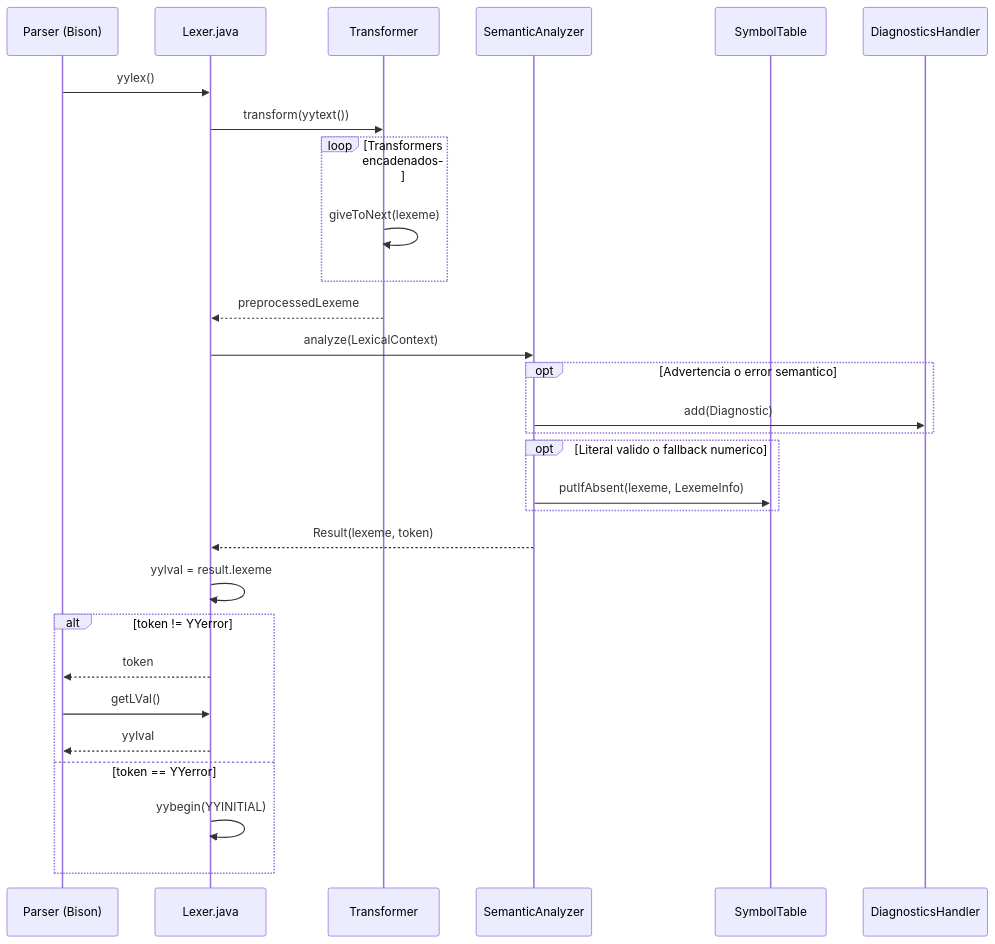
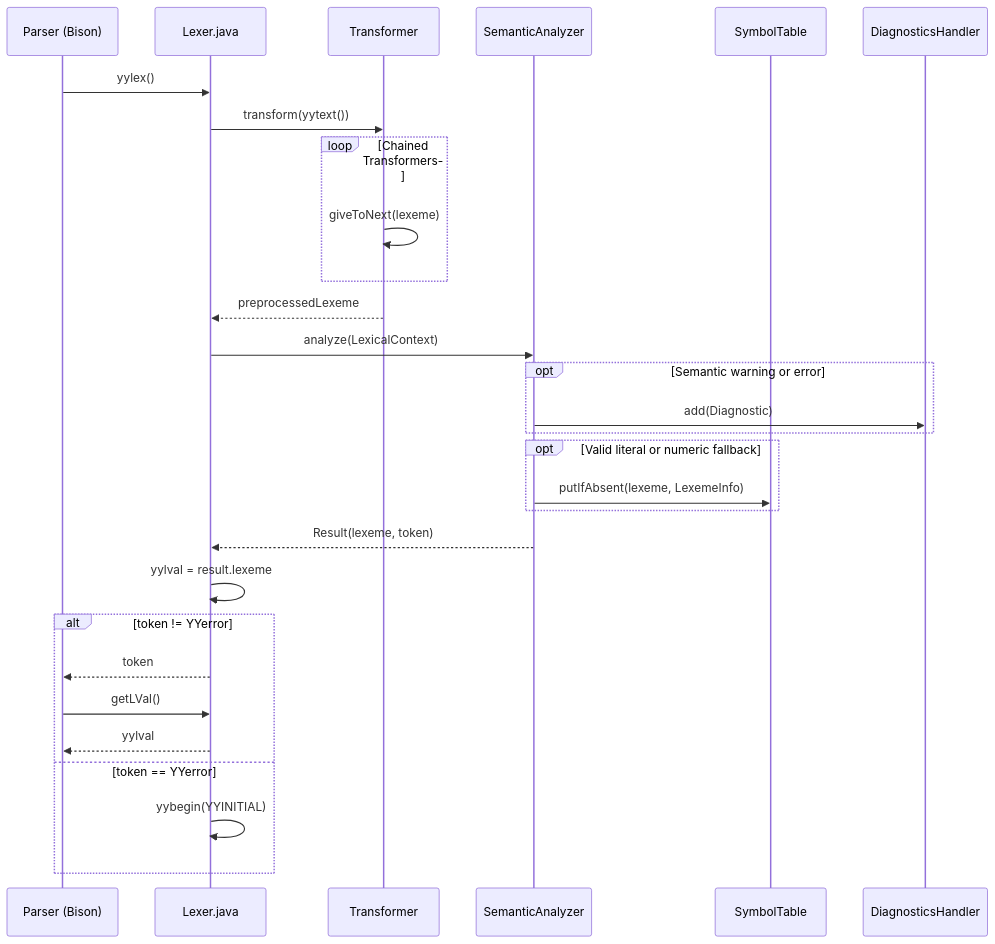
Before and after one commit to PascalUser/FLC-IEC61131-7: the fourth of 4 diagrams in doc/modules/lexer.md, drawn with Mermaid. The commit also changed other lines of this file and 45 other files, not shown here.

````diff
--- a/doc/modules/lexer.md
+++ b/doc/modules/lexer.md
@@ -247,31 +250,32 @@
 ```mermaid
 sequenceDiagram
     participant P as Parser (Bison)
     participant L as Lexer.java
     participant T as Transformer
     participant A as SemanticAnalyzer
     participant S as SymbolTable
     participant D as DiagnosticsHandler
     P->>L: yylex()
     L->>T: transform(yytext())
-    loop Transformers encadenados
+    loop Chained Transformers
         T->>T: giveToNext(lexeme)
     end
     T-->>L: preprocessedLexeme
     L->>A: analyze(LexicalContext)
-    opt Advertencia o error semantico
+    opt Semantic warning or error
         A->>D: add(Diagnostic)
     end
-    opt Literal valido o fallback numerico
+    opt Valid literal or numeric fallback
         A->>S: putIfAbsent(lexeme, LexemeInfo)
     end
     A-->>L: Result(lexeme, token)
     L->>L: yylval = result.lexeme
     alt token != YYerror
         L-->>P: token
         P->>L: getLVal()
         L-->>P: yylval
     else token == YYerror
         L->>L: yybegin(YYINITIAL)
     end
+
 ```
````
